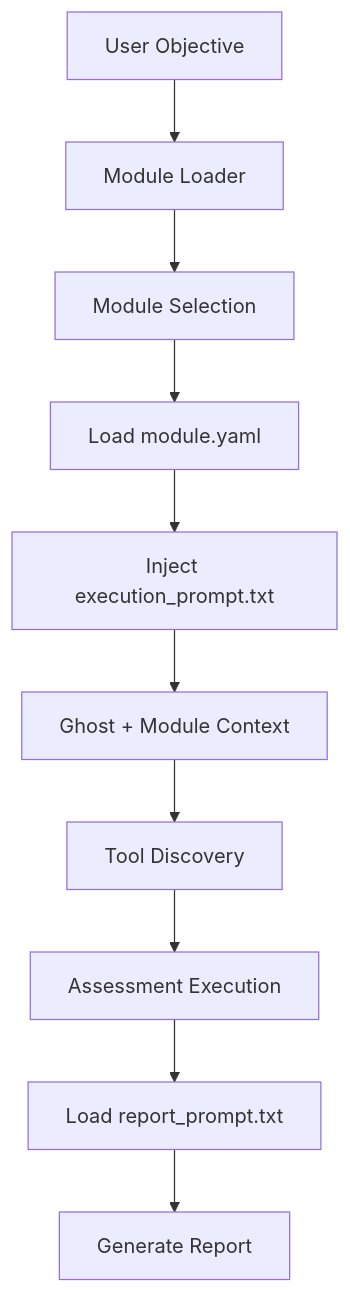
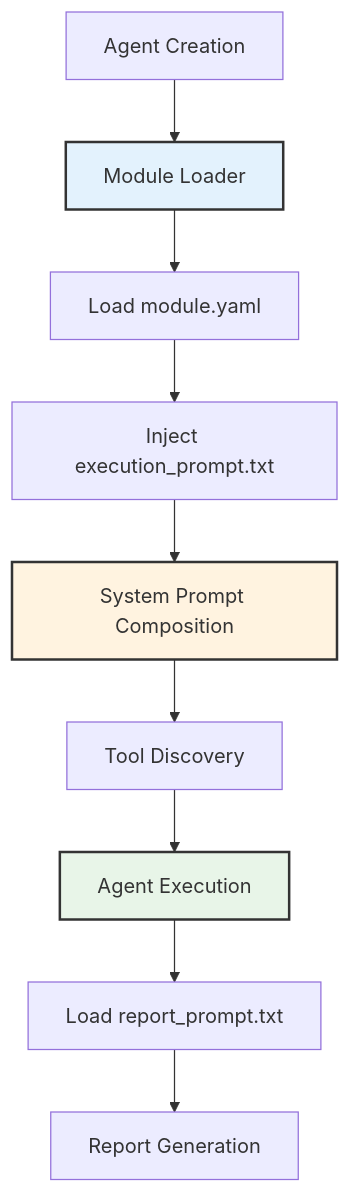
One commit to westonbrown/Cyber-AutoAgent changed the first of 3 diagrams in src/modules/operation_plugins/README.md. Above: the diagram before and after it, drawn with Mermaid. The commit also changed other lines of this file and 10 other files, not shown here.

````diff
--- a/src/modules/operation_plugins/README.md
+++ b/src/modules/operation_plugins/README.md
@@ -9,12 +7,15 @@
 ```mermaid
 graph TD
-    A[User Objective] --> B[Module Loader]
-    B --> C[Module Selection]
-    C --> D[Load module.yaml]
-    D --> E[Inject execution_prompt.txt]
-    E --> F[Ghost + Module Context]
-    F --> G[Tool Discovery]
-    G --> H[Assessment Execution]
-    H --> I[Load report_prompt.txt]
-    I --> J[Generate Report]
+    A[Agent Creation] --> B[Module Loader]
+    B --> C[Load module.yaml]
+    C --> D[Inject execution_prompt.txt]
+    D --> E[System Prompt Composition]
+    E --> F[Tool Discovery]
+    F --> G[Agent Execution]
+    G --> H[Load report_prompt.txt]
+    H --> I[Report Generation]
+
+    style B fill:#e3f2fd,stroke:#333,stroke-width:2px
+    style E fill:#fff3e0,stroke:#333,stroke-width:2px
+    style G fill:#e8f5e8,stroke:#333,stroke-width:2px
 ```
````
